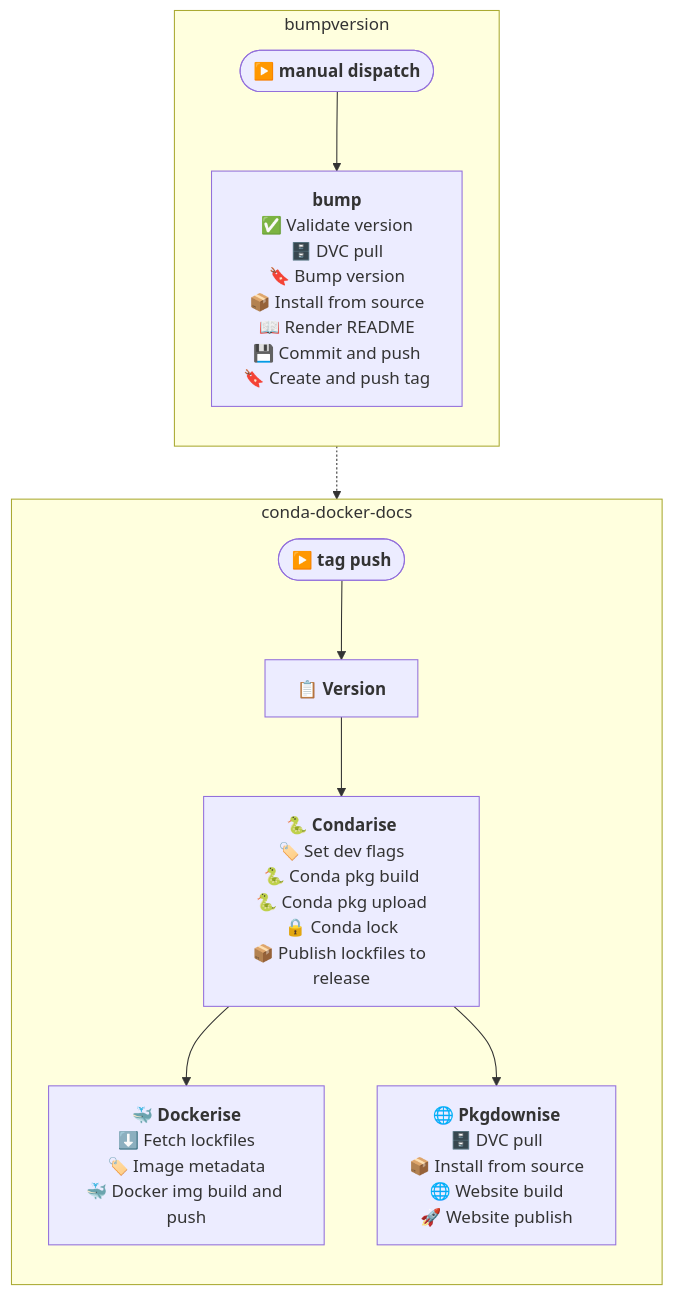
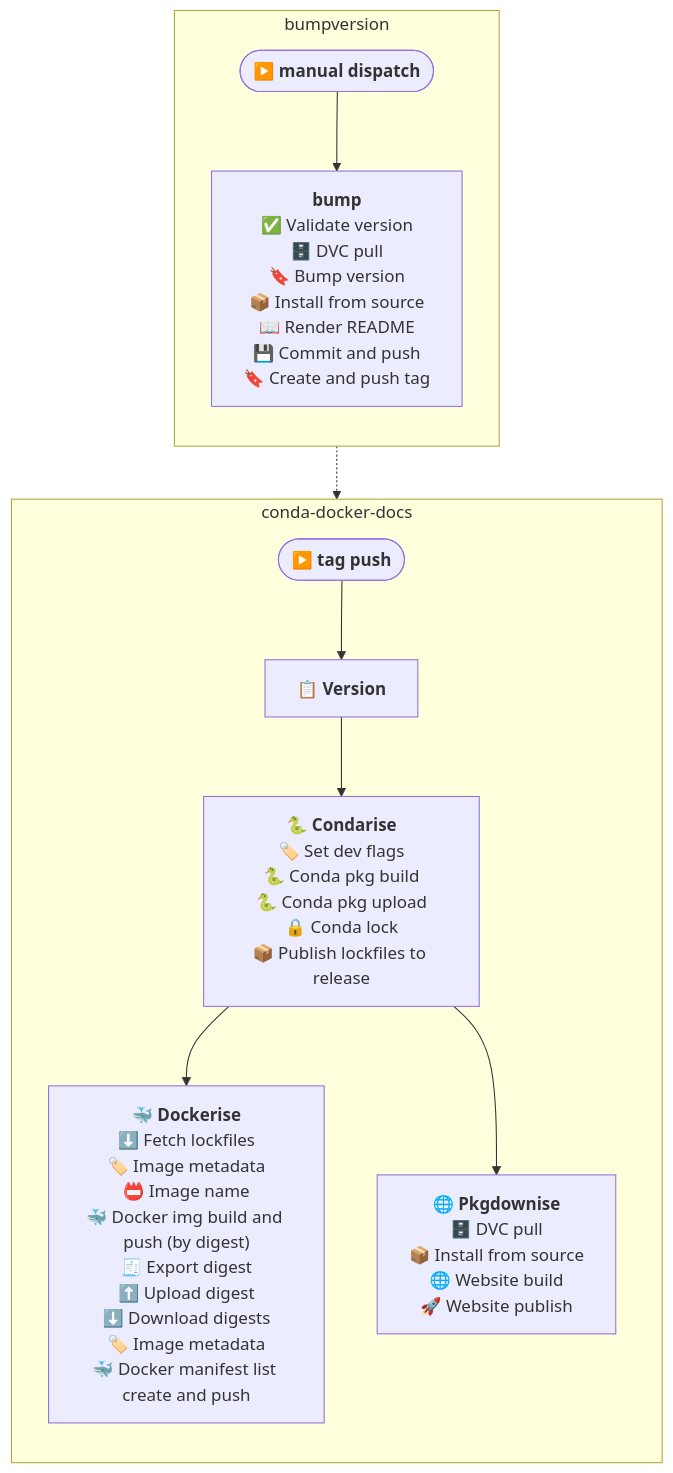
One commit to tidywf/tidydragen changed the diagram in articles/cicd.md. Above: the diagram before and after it, drawn with Mermaid. The commit also changed 47 other files, not shown here.

````diff
--- a/articles/cicd.md
+++ b/articles/cicd.md
@@ -3,26 +3,26 @@
 ``` mermaid
 flowchart TD
     classDef trigger font-weight:bold
     classDef warn fill:#fff3cd,stroke:#e0a800
 
     subgraph W1["bumpversion"]
         direction TB
         W1T(["▶️ manual dispatch"]):::trigger
         W1J1["<b>bump</b><br>✅ Validate version<br>🗄️ DVC pull<br>🔖 Bump version<br>📦 Install from source<br>📖 Render README<br>💾 Commit and push<br>🔖 Create and push tag"]
         W1T --> W1J1
     end
 
     subgraph W2["conda-docker-docs"]
         direction TB
         W2T(["▶️ tag push"]):::trigger
         W2J1["<b>📋 Version</b>"]
         W2J2["<b>🐍 Condarise</b><br>🏷️ Set dev flags<br>🐍 Conda pkg build<br>🐍 Conda pkg upload<br>🔒 Conda lock<br>📦 Publish lockfiles to release"]
-        W2J3["<b>🐳 Dockerise</b><br>⬇️ Fetch lockfiles<br>🏷️ Image metadata<br>🐳 Docker img build and push"]
+        W2J3["<b>🐳 Dockerise</b><br>⬇️ Fetch lockfiles<br>🏷️ Image metadata<br>📛 Image name<br>🐳 Docker img build and push (by digest)<br>🧾 Export digest<br>⬆️ Upload digest<br>⬇️ Download digests<br>🏷️ Image metadata<br>🐳 Docker manifest list create and push"]
         W2J4["<b>🌐 Pkgdownise</b><br>🗄️ DVC pull<br>📦 Install from source<br>🌐 Website build<br>🚀 Website publish"]
         W2T --> W2J1
         W2J1 --> W2J2
         W2J2 --> W2J3
         W2J2 --> W2J4
     end
     W1 -.-> W2T
 ```
````
